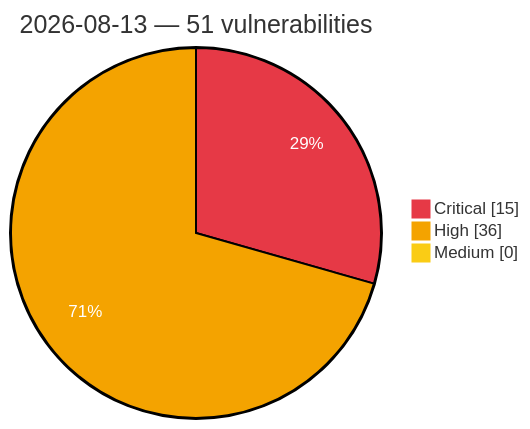
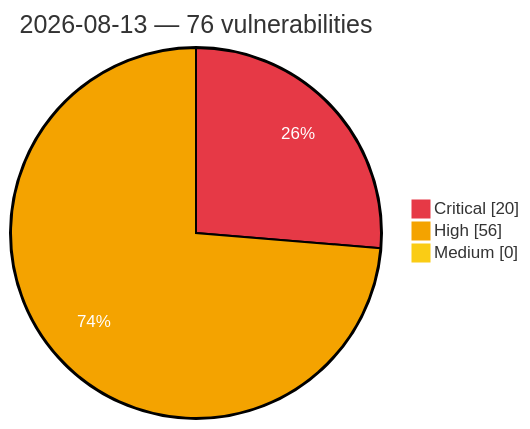
Before and after one commit to GhostX0X/vuln-tracker: the diagram in vulnerabilities/2026/August/2026-08-13.md, drawn with Mermaid. The commit also changed other lines of this file and 5 other files, not shown here.

Commit message:
Auto update: critical/high vulns (2026-08-13 16:35 UTC)

````diff
--- a/vulnerabilities/2026/August/2026-08-13.md
+++ b/vulnerabilities/2026/August/2026-08-13.md
@@ -3,8 +3,8 @@
 ```mermaid
 %%{init: {'theme':'base', 'themeVariables': {'pie1':'#e63946', 'pie2':'#f4a300', 'pie3':'#facc15', 'pieOpacity':'1', 'pieOuterStrokeWidth':'2px', 'pieSectionTextColor':'#ffffff'}}}%%
 pie showData
-    title 2026-08-13 — 51 vulnerabilities
-    "Critical" : 15
-    "High" : 36
+    title 2026-08-13 — 76 vulnerabilities
+    "Critical" : 20
+    "High" : 56
     "Medium" : 0
 ```
````
